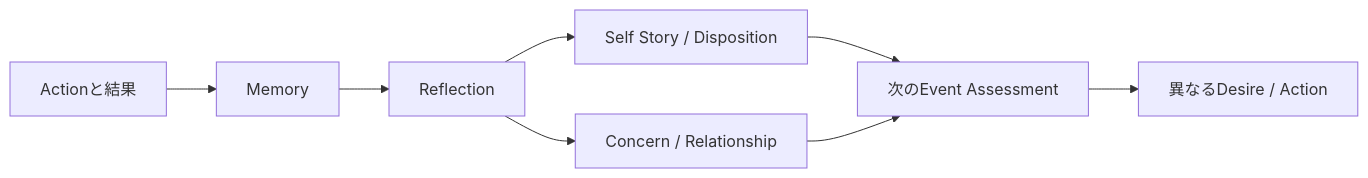
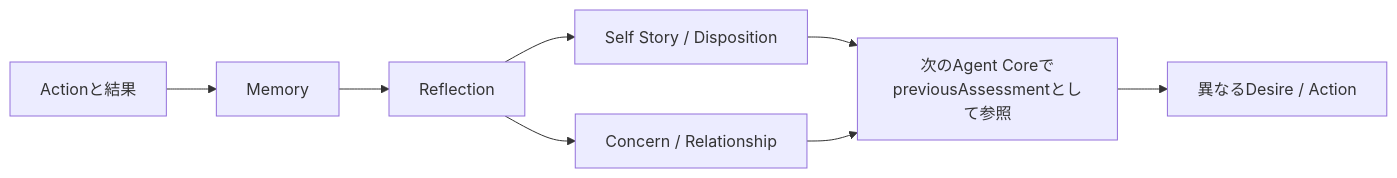
One commit to if001/social_agent changed the sixth of 6 diagrams in docs/D3/AGENT_MOTIVATION_MODEL.md. Above: the diagram before and after it, drawn with Mermaid. The commit also changed other lines of this file and 14 other files, not shown here.

````diff
--- a/docs/D3/AGENT_MOTIVATION_MODEL.md
+++ b/docs/D3/AGENT_MOTIVATION_MODEL.md
@@ -196,10 +194,10 @@
 ```mermaid
 flowchart LR
     X[Actionと結果] --> M[Memory]
     M --> R[Reflection]
     R --> SS[Self Story / Disposition]
     R --> CR[Concern / Relationship]
-    SS --> N[次のEvent Assessment]
+    SS --> N[次のAgent CoreでpreviousAssessmentとして参照]
     CR --> N
     N --> NX[異なるDesire / Action]
 ```
````
